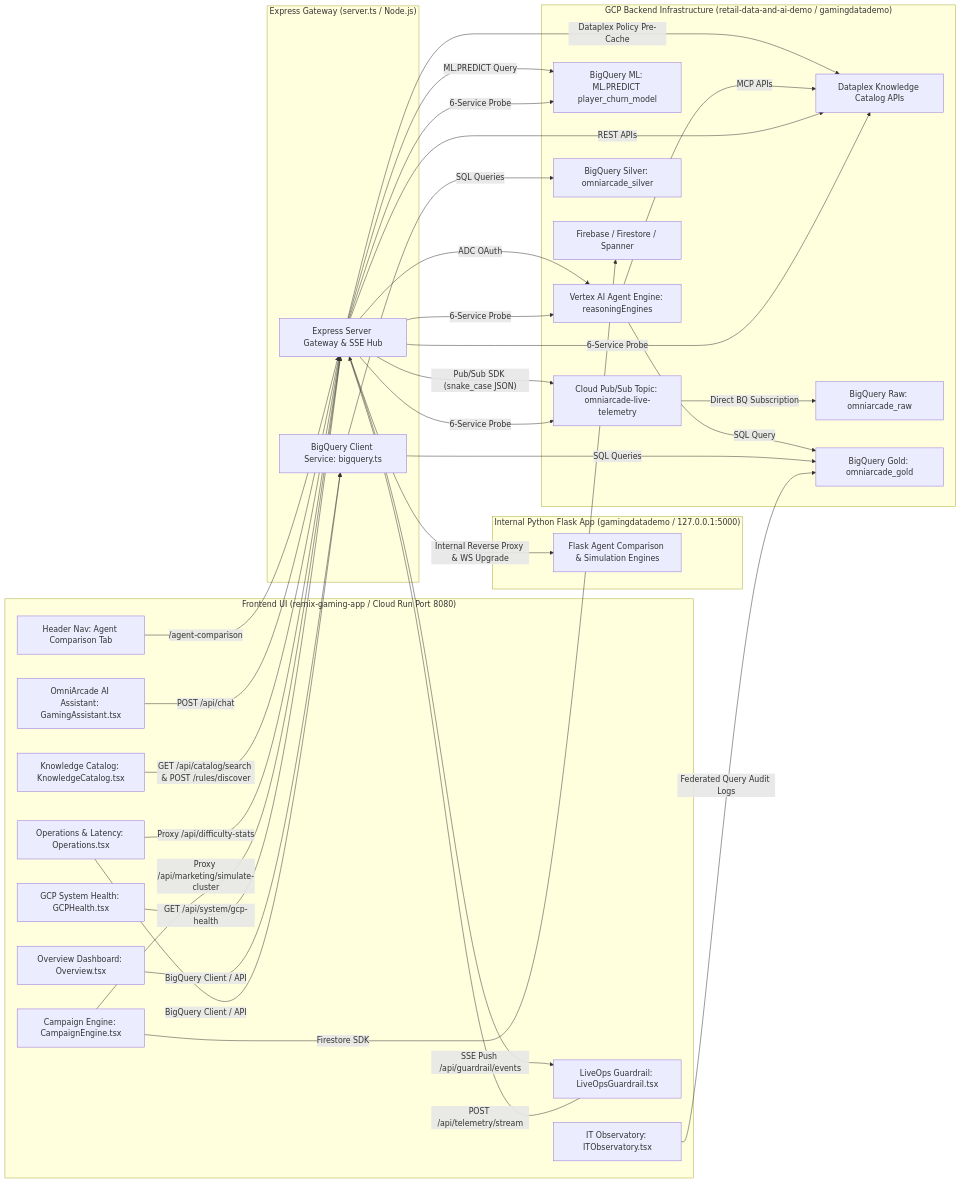
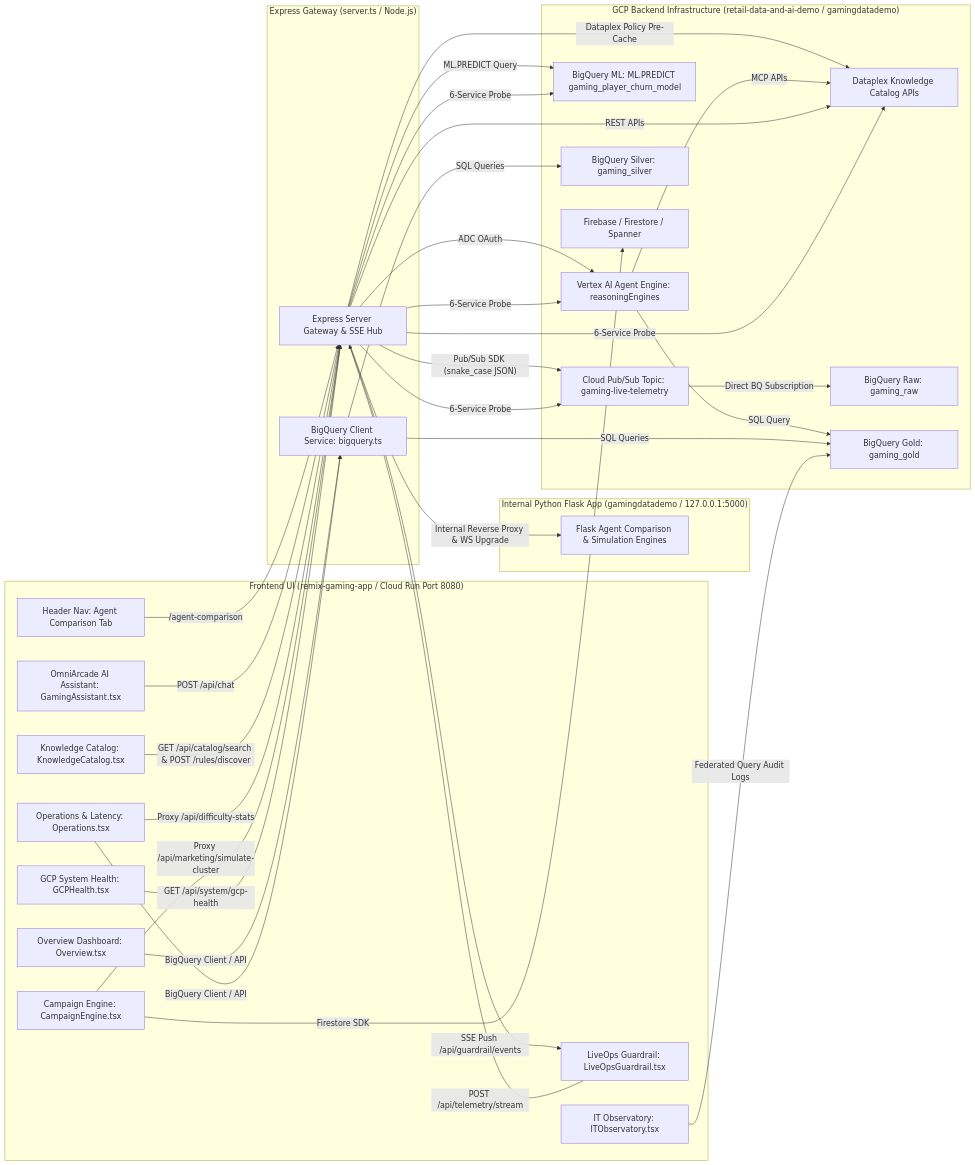
Before and after one commit to joeholley/dcgd: the diagram in docs/frontend-backend-mapping.md, drawn with Mermaid. The commit also changed other lines of this file and 34 other files, not shown here.

````diff
--- a/docs/frontend-backend-mapping.md
+++ b/docs/frontend-backend-mapping.md
@@ -34,70 +34,70 @@
 ```mermaid
 graph LR
     subgraph frontend_ui["Frontend UI (remix-gaming-app / Cloud Run Port 8080)"]
         UI_AI["OmniArcade AI Assistant: GamingAssistant.tsx"]
         UI_CATALOG["Knowledge Catalog: KnowledgeCatalog.tsx"]
         UI_OVERVIEW["Overview Dashboard: Overview.tsx"]
         UI_OPS["Operations & Latency: Operations.tsx"]
         UI_CAMPAIGN["Campaign Engine: CampaignEngine.tsx"]
         UI_GUARDRAIL["LiveOps Guardrail: LiveOpsGuardrail.tsx"]
         UI_OBS["IT Observatory: ITObservatory.tsx"]
         UI_HEALTH["GCP System Health: GCPHealth.tsx"]
         UI_AGENT_COMP["Header Nav: Agent Comparison Tab"]
     end
 
     subgraph express_gw["Express Gateway (server.ts / Node.js)"]
         EXPRESS["Express Server Gateway & SSE Hub"]
         BQ_SERVICE["BigQuery Client Service: bigquery.ts"]
     end
 
     subgraph flask_app["Internal Python Flask App (gamingdatademo / 127.0.0.1:5000)"]
         FLASK["Flask Agent Comparison & Simulation Engines"]
     end
 
     subgraph gcp_infra["GCP Backend Infrastructure (retail-data-and-ai-demo / gamingdatademo)"]
-        PUBSUB["Cloud Pub/Sub Topic: omniarcade-live-telemetry"]
-        BQML["BigQuery ML: ML.PREDICT player_churn_model"]
+        PUBSUB["Cloud Pub/Sub Topic: gaming-live-telemetry"]
+        BQML["BigQuery ML: ML.PREDICT gaming_player_churn_model"]
         ADK["Vertex AI Agent Engine: reasoningEngines"]
         DATAPLEX["Dataplex Knowledge Catalog APIs"]
-        RAW["BigQuery Raw: omniarcade_raw"]
-        GOLD["BigQuery Gold: omniarcade_gold"]
-        SILVER["BigQuery Silver: omniarcade_silver"]
+        RAW["BigQuery Raw: gaming_raw"]
+        GOLD["BigQuery Gold: gaming_gold"]
+        SILVER["BigQuery Silver: gaming_silver"]
         FIREBASE["Firebase / Firestore / Spanner"]
     end
 
     UI_AGENT_COMP -->|"/agent-comparison"| EXPRESS
     EXPRESS -->|"Internal Reverse Proxy & WS Upgrade"| FLASK
 
     UI_GUARDRAIL -->|"POST /api/telemetry/stream"| EXPRESS
     EXPRESS -->|"Pub/Sub SDK (snake_case JSON)"| PUBSUB
     PUBSUB -->|"Direct BQ Subscription"| RAW
     EXPRESS -->|"ML.PREDICT Query"| BQML
     EXPRESS -->|"Dataplex Policy Pre-Cache"| DATAPLEX
     EXPRESS -->|"SSE Push /api/guardrail/events"| UI_GUARDRAIL
 
     UI_AI -->|"POST /api/chat"| EXPRESS
     EXPRESS -->|"ADC OAuth"| ADK
     ADK -->|"MCP APIs"| DATAPLEX
     ADK -->|"SQL Query"| GOLD
 
     UI_CATALOG -->|"GET /api/catalog/search & POST /rules/discover"| EXPRESS
     EXPRESS -->|"REST APIs"| DATAPLEX
 
     UI_OVERVIEW -->|"BigQuery Client / API"| BQ_SERVICE
     BQ_SERVICE -->|"SQL Queries"| GOLD
 
     UI_OPS -->|"BigQuery Client / API"| BQ_SERVICE
     BQ_SERVICE -->|"SQL Queries"| SILVER
     UI_OPS -->|"Proxy /api/difficulty-stats"| EXPRESS
 
     UI_CAMPAIGN -->|"Firestore SDK"| FIREBASE
     UI_CAMPAIGN -->|"Proxy /api/marketing/simulate-cluster"| EXPRESS
 
     UI_OBS -->|"Federated Query Audit Logs"| GOLD
 
     UI_HEALTH -->|"GET /api/system/gcp-health"| EXPRESS
     EXPRESS -->|"6-Service Probe"| PUBSUB
     EXPRESS -->|"6-Service Probe"| BQML
     EXPRESS -->|"6-Service Probe"| DATAPLEX
     EXPRESS -->|"6-Service Probe"| ADK
 ```
````
